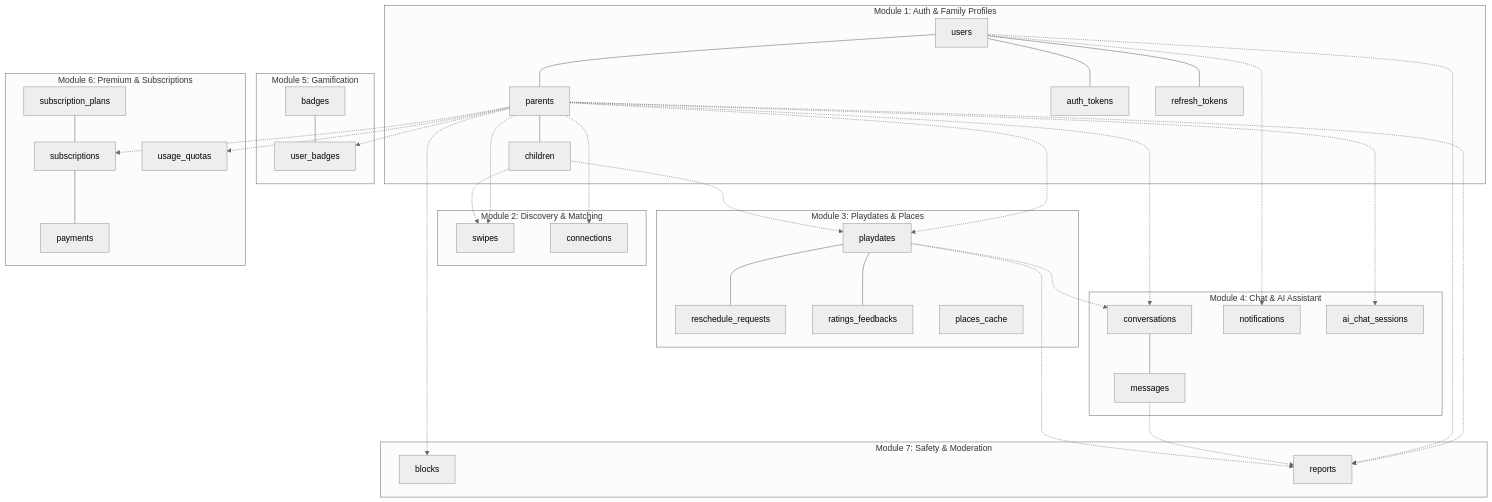
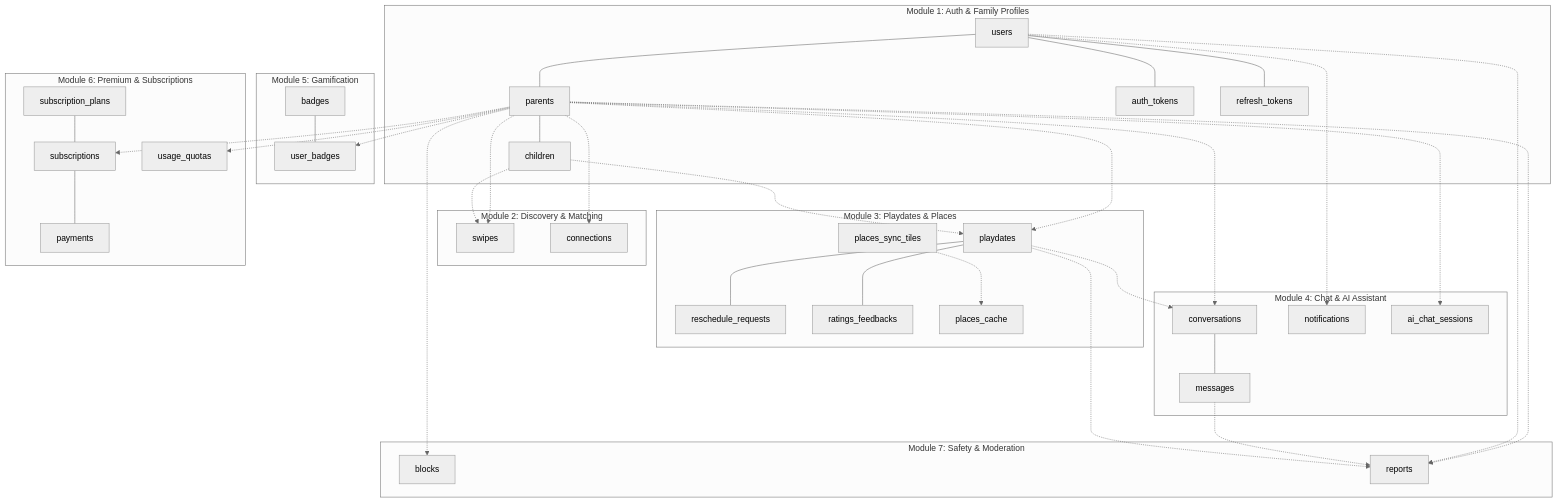
Before and after one commit to BuddyLink-Team/Back-End: the first of 8 diagrams in docs/DATABASE_SCHEMA.md, drawn with Mermaid (neutral theme). The commit also changed other lines of this file and 42 other files, not shown here.

Commit message:
feat(places): OpenStreetMap places cache with city sync and background area sync

````diff
--- a/docs/DATABASE_SCHEMA.md
+++ b/docs/DATABASE_SCHEMA.md
@@ -59,51 +60,52 @@
 ```mermaid
 flowchart TD
     subgraph M1["Module 1: Auth & Family Profiles"]
         U["users"] --- P["parents"]
         U --- AT["auth_tokens"]
         U --- RT["refresh_tokens"]
         P --- C["children"]
     end
 
     subgraph M2["Module 2: Discovery & Matching"]
         P -.-> SW["swipes"]
         C -.-> SW
         P -.-> CN["connections"]
     end
 
     subgraph M3["Module 3: Playdates & Places"]
         P -.-> PD["playdates"]
         C -.-> PD
         PD --- RR["reschedule_requests"]
         PD --- RF["ratings_feedbacks"]
         PC["places_cache"]
+        PST["places_sync_tiles"] -.-> PC
     end
 
     subgraph M4["Module 4: Chat & AI Assistant"]
         PD -.-> CV["conversations"]
         P -.-> CV
         CV --- MS["messages"]
         U -.-> NT["notifications"]
         P -.-> AI["ai_chat_sessions"]
     end
 
     subgraph M5["Module 5: Gamification"]
         P -.-> UB["user_badges"]
         BG["badges"] --- UB
     end
 
     subgraph M6["Module 6: Premium & Subscriptions"]
         SP["subscription_plans"] --- SB["subscriptions"]
         P -.-> SB
         SB --- PM["payments"]
         P -.-> UQ["usage_quotas"]
     end
 
     subgraph M7["Module 7: Safety & Moderation"]
         P -.-> BL["blocks"]
         P -.-> RP["reports"]
         U -.-> RP
         MS -.-> RP
         PD -.-> RP
     end
 ```
````
